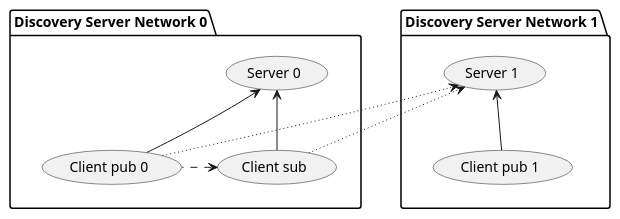
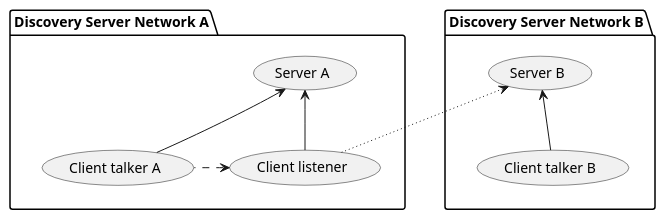
Before and after one commit to eProsima/vulcanexus: the first of 2 diagrams in docs/rst/tutorials/core/deployment/ds_locators_runtime/ds_locators_runtime.rst, drawn with PlantUML. The commit also changed other lines of this file and 3 other files, not shown here.

```diff
--- a/docs/rst/tutorials/core/deployment/ds_locators_runtime/ds_locators_runtime.rst
+++ b/docs/rst/tutorials/core/deployment/ds_locators_runtime/ds_locators_runtime.rst
@@ -43,27 +43,26 @@
 .. uml::
     :align: center
 
     hide empty members
 
-    package "Discovery Server Network 0" as de0{
-        (Server 0) as s0
-        (Client pub 0) as p0
-        (Client sub) as s
+    package de0 as "Discovery Server Network A"{
+        (Server A) as s0
+        (Client talker A) as p0
+        (Client listener) as s
         s <-[dashed]right- p0
         s0 <-down- s
         s0 <-down- p0
         p0 -[hidden]left- s0
     }
 
-    package "Discovery Server Network 1" as de1{
-        (Server 1) as s1
-        (Client pub 1) as p1
+    package de1 as "Discovery Server Network B"{
+        (Server B) as s1
+        (Client talker B) as p1
         p1 -up-> s1
     }
 
     de1 -[hidden]right- de0
     s1 -[hidden]right- s0
     p1 -[hidden]right- p0
     p1 -[hidden]-> s0
-    p0 -[dotted]-> s1
     s -[dotted]-> s1
```
